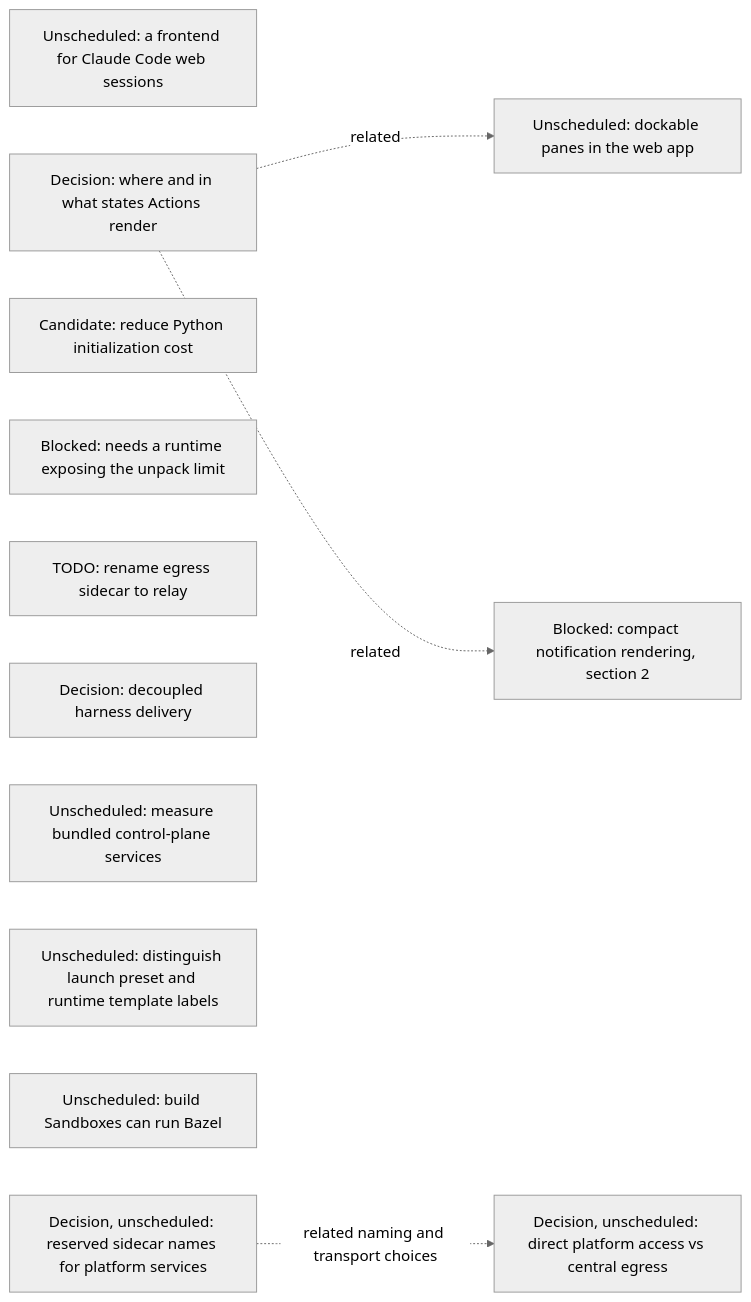
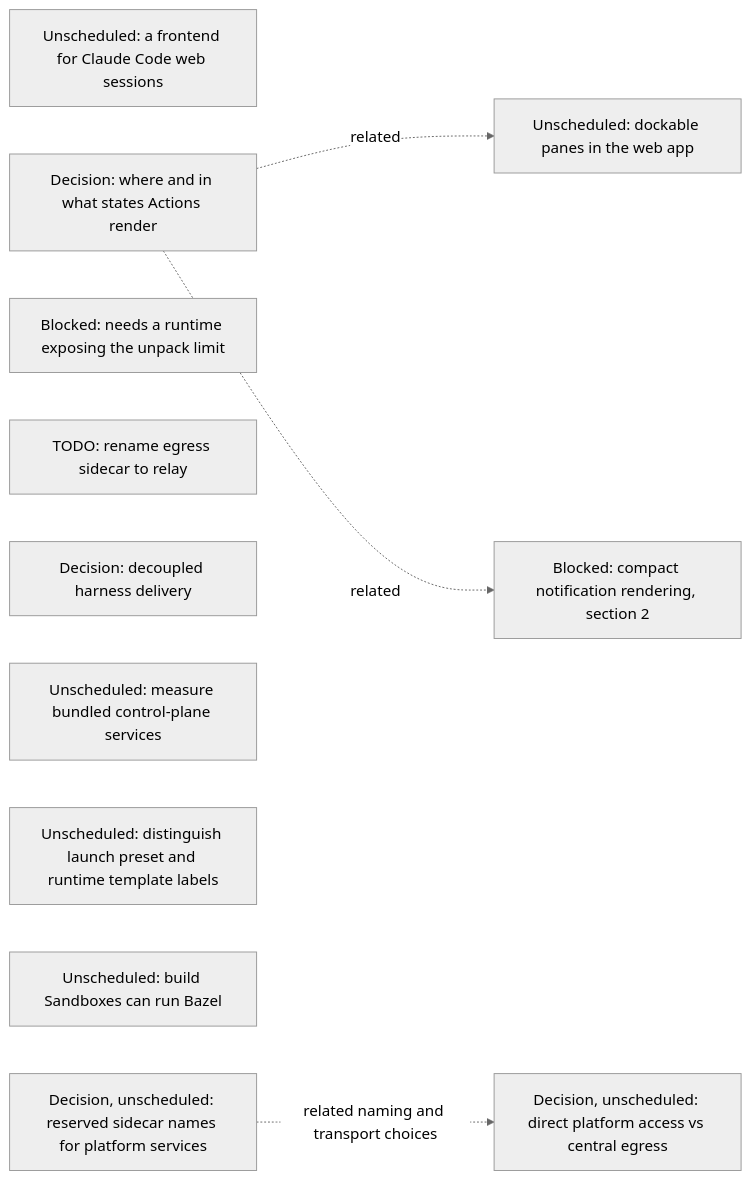
The seventh of 16 diagrams in agentplane/plans/task_dag.md (agentydragon/ducktape), drawn with Mermaid (neutral theme) before and after one commit. The commit also changed other lines of this file, not shown here.

````diff
--- a/agentplane/plans/task_dag.md
+++ b/agentplane/plans/task_dag.md
@@ -834,19 +833,18 @@
 ```mermaid
 flowchart LR
     CLAUDE_CODE_WEB_BRIDGE[Unscheduled: a frontend for Claude Code web sessions]
     ACTION_SURFACES_DESIGN[Decision: where and in what states Actions render]
-    K3S_PYTHON_INITIALIZATION[Candidate: reduce Python initialization cost]
     K3S_IMPORT_CONCURRENCY[Blocked: needs a runtime exposing the unpack limit]
     EGRESS_RELAY_RENAME[TODO: rename egress sidecar to relay]
     RUNNER_HARNESS_DELIVERY_DESIGN[Decision: decoupled harness delivery]
     K3S_BUNDLED_SERVICES_SPIKE[Unscheduled: measure bundled control-plane services]
     DOCKABLE_PANES[Unscheduled: dockable panes in the web app]
     ACTION_SURFACES_DESIGN -. related .-> DOCKABLE_PANES
     NOTIFICATION_PRESENTATION[Blocked: compact notification rendering, section 2]
     ACTION_SURFACES_DESIGN -. related .-> NOTIFICATION_PRESENTATION
     SANDBOX_FORM_TERMINOLOGY[Unscheduled: distinguish launch preset and runtime template labels]
     BUILD_BOX_BAZEL[Unscheduled: build Sandboxes can run Bazel]
     PLATFORM_SERVICE_NAMES_DESIGN[Decision, unscheduled: reserved sidecar names for platform services]
     PLATFORM_SERVICE_ROUTING_DESIGN[Decision, unscheduled: direct platform access vs central egress]
     PLATFORM_SERVICE_NAMES_DESIGN -. related naming and transport choices .-> PLATFORM_SERVICE_ROUTING_DESIGN
 ```
````
